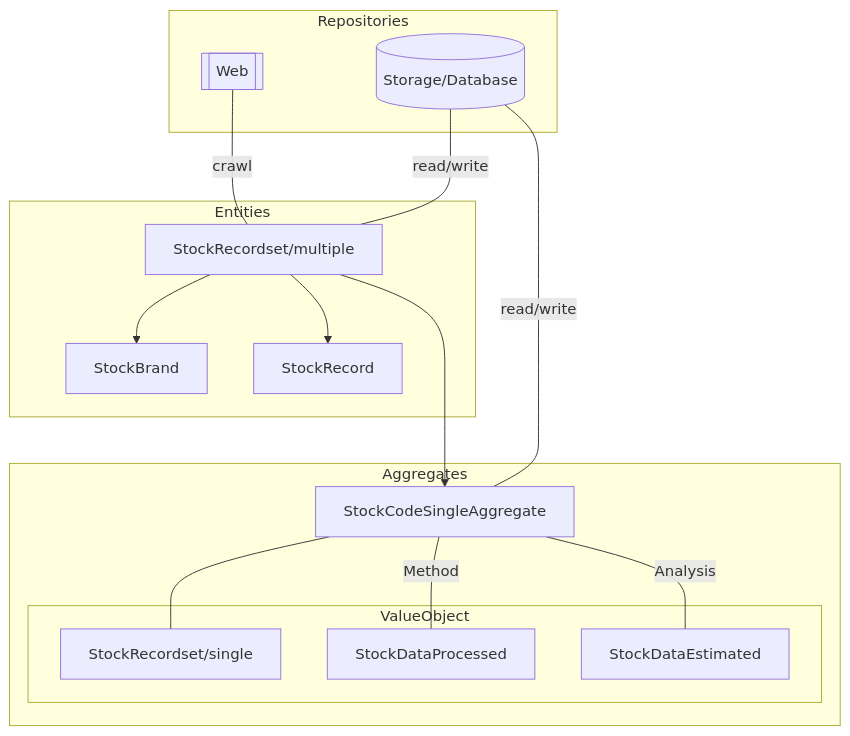
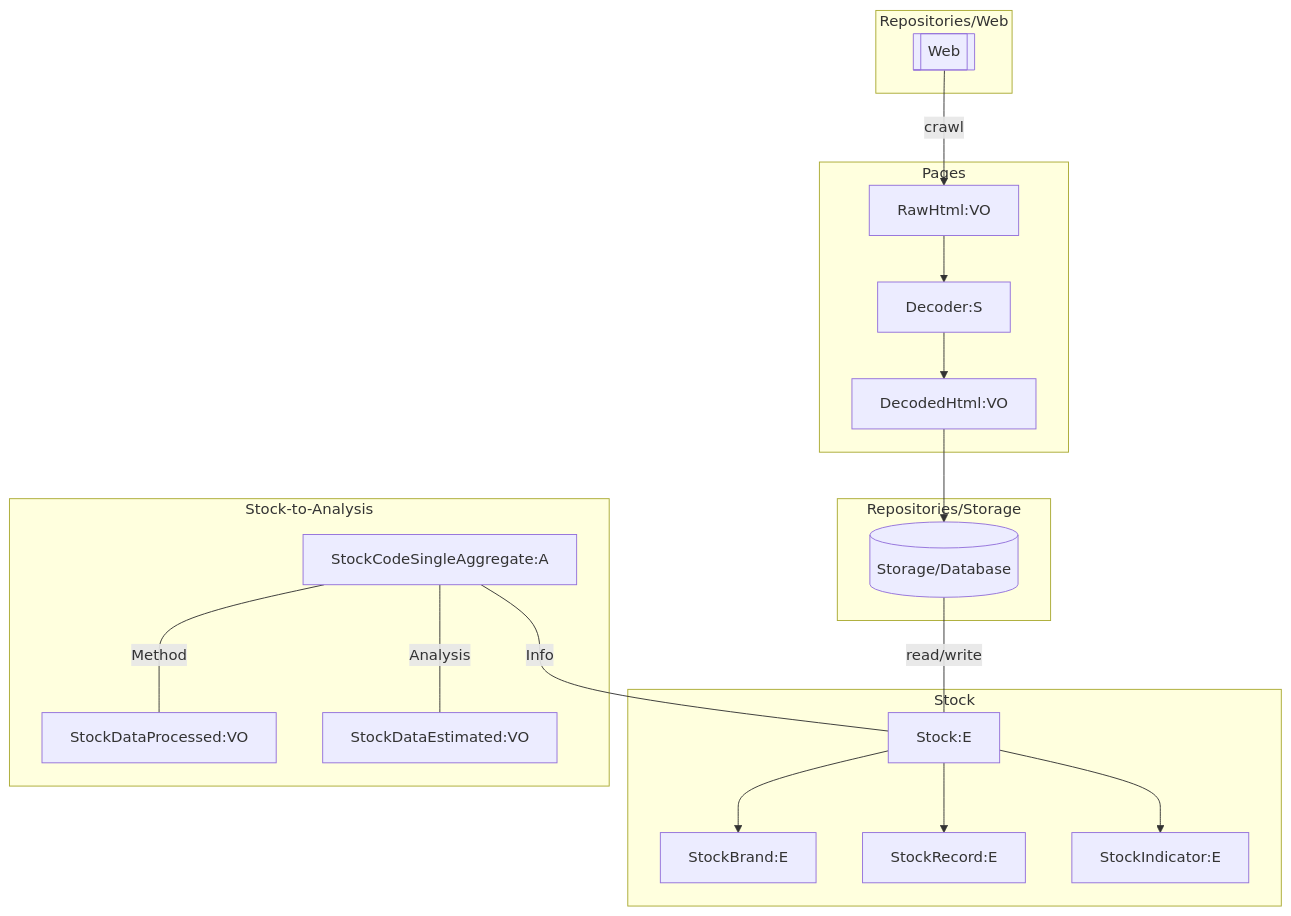
Before and after one commit to gsy0911/kabutobashi: the diagram in README.md, drawn with Mermaid. The commit also changed other lines of this file and 3 other files, not shown here.

````diff
--- a/README.md
+++ b/README.md
@@ -17,32 +22,42 @@
 ```mermaid
 graph TD;
-  subgraph Aggregates
-    aggregate[StockCodeSingleAggregate]
-    aggregate --- recordset_single
+  
+  subgraph Stock
+    stock[Stock:E]
+    brand[StockBrand:E]
+    record[StockRecord:E]
+    indicator[StockIndicator:E]
+    
+    stock --> brand
+    stock --> record
+    stock --> indicator
+  end
+
+  subgraph Stock-to-Analysis
+    aggregate[StockCodeSingleAggregate:A]
+    processed[StockDataProcessed:VO]
+    estimated[StockDataEstimated:VO]
+    
+    aggregate --- |Info| stock
     aggregate --- |Method| processed
     aggregate --- |Analysis| estimated
-     
-    subgraph ValueObject
-      recordset_single[StockRecordset/single]
-      processed[StockDataProcessed]
-      estimated[StockDataEstimated]
-    end
-  end
-  
-  subgraph Entities
-    recordset[StockRecordset/multiple]
-    brand[StockBrand]
-    record[StockRecord]
-    
-    recordset --> brand
-    recordset --> record
-    recordset ---> aggregate
   end
 
-  subgraph Repositories
-    web[[Web]] --- | crawl | recordset
-    repositories[(Storage/Database)] --- | read/write | recordset
-    
-    repositories --- | read/write | aggregate
+  subgraph Repositories/Storage
+    repositories[(Storage/Database)] --- | read/write | stock
+  end
+
+  subgraph Pages
+    raw_html[RawHtml:VO]
+    decoder[Decoder:S]
+    decoded_html[DecodedHtml:VO]
+
+    raw_html --> decoder
+    decoder --> decoded_html
+    decoded_html --> repositories
+  end
+
+  subgraph Repositories/Web
+    web[[Web]] --> | crawl | raw_html
   end
 ```
````
